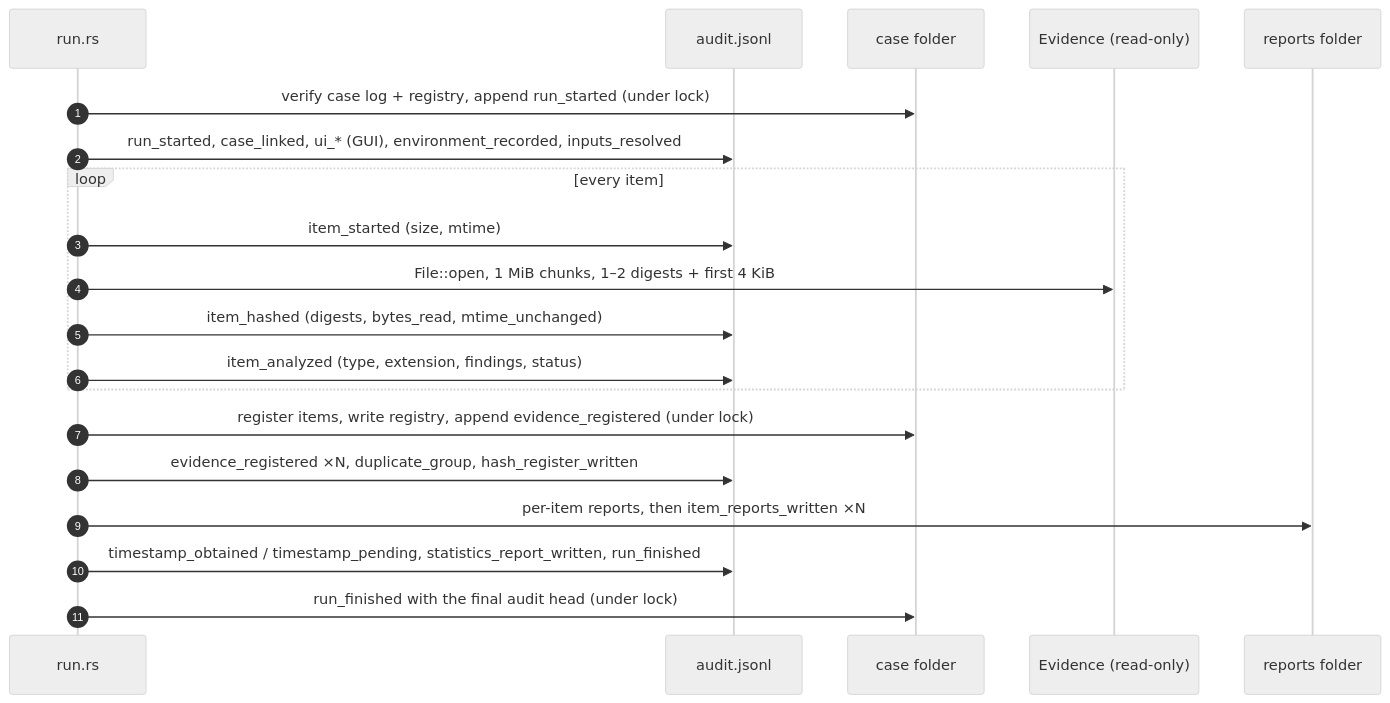
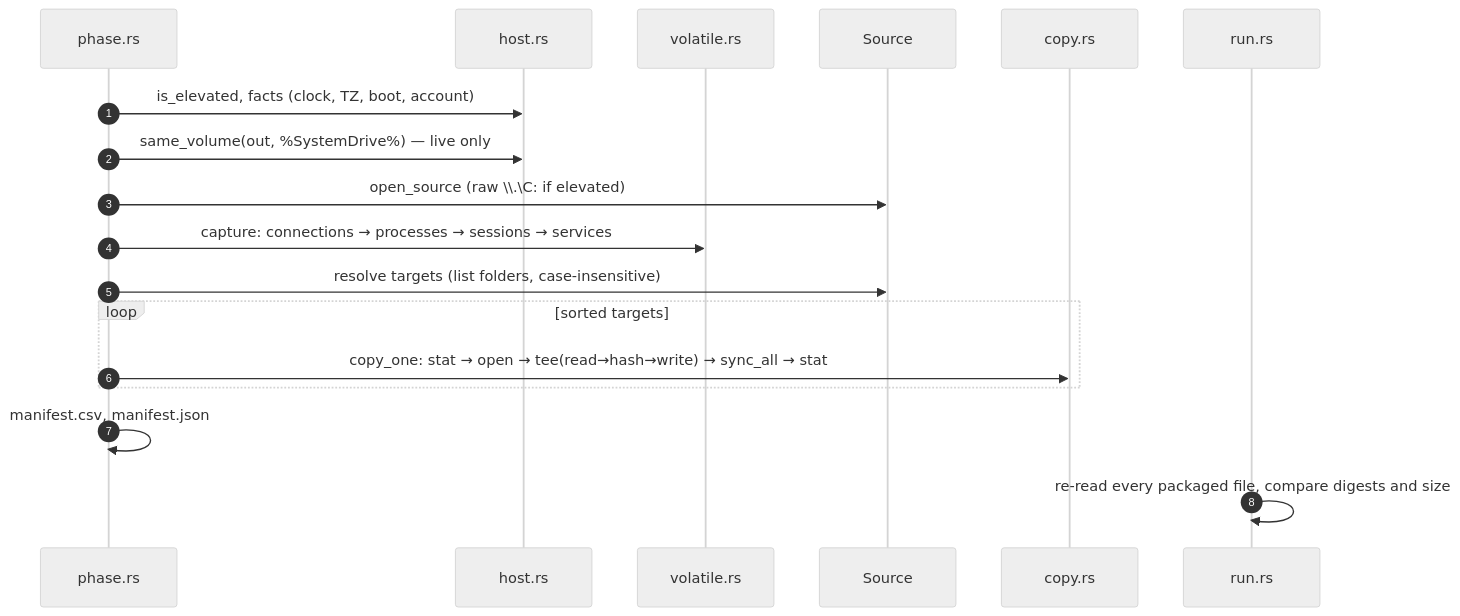
One commit to Panacota96/rv-triage changed the third of 4 diagrams in docs/theory.md. Above: the diagram before and after it, drawn with Mermaid (neutral theme). The commit also changed other lines of this file and 85 other files, not shown here.

````diff
--- a/docs/theory.md
+++ b/docs/theory.md
@@ -252,22 +135,20 @@
 ```mermaid
 sequenceDiagram
     autonumber
+    participant P as phase.rs
+    participant H as host.rs
+    participant V as volatile.rs
+    participant S as Source
+    participant C as copy.rs
     participant R as run.rs
-    participant A as audit.jsonl
-    participant C as case folder
-    participant E as Evidence (read-only)
-    participant O as reports folder
-    R->>C: verify case log + registry, append run_started (under lock)
-    R->>A: run_started, case_linked, ui_* (GUI), environment_recorded, inputs_resolved
-    loop every item
-        R->>A: item_started (size, mtime)
-        R->>E: File::open, 1 MiB chunks, 1–2 digests + first 4 KiB
-        R->>A: item_hashed (digests, bytes_read, mtime_unchanged)
-        R->>A: item_analyzed (type, extension, findings, status)
+    P->>H: is_elevated, facts (clock, TZ, boot, account)
+    P->>H: same_volume(out, %SystemDrive%) — live only
+    P->>S: open_source (raw \\.\C: if elevated)
+    P->>V: capture: connections → processes → sessions → services
+    P->>S: resolve targets (list folders, case-insensitive)
+    loop sorted targets
+        P->>C: copy_one: stat → open → tee(read→hash→write) → sync_all → stat
     end
-    R->>C: register items, write registry, append evidence_registered (under lock)
-    R->>A: evidence_registered ×N, duplicate_group, hash_register_written
-    R->>O: per-item reports, then item_reports_written ×N
-    R->>A: timestamp_obtained / timestamp_pending, statistics_report_written, run_finished
-    R->>C: run_finished with the final audit head (under lock)
+    P->>P: manifest.csv, manifest.json
+    R->>R: re-read every packaged file, compare digests and size
 ```
````
